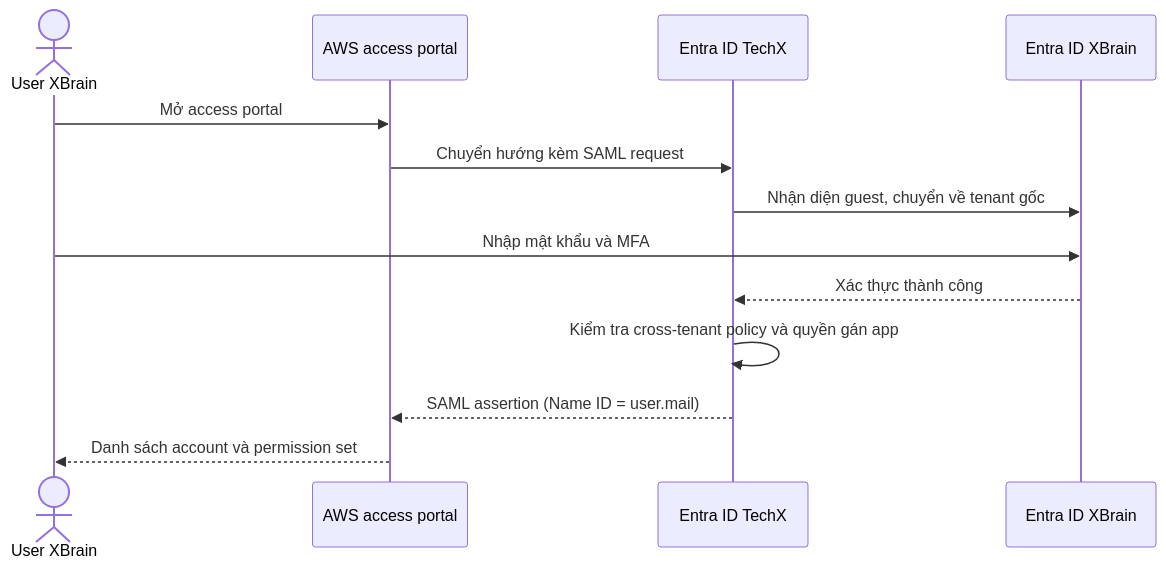
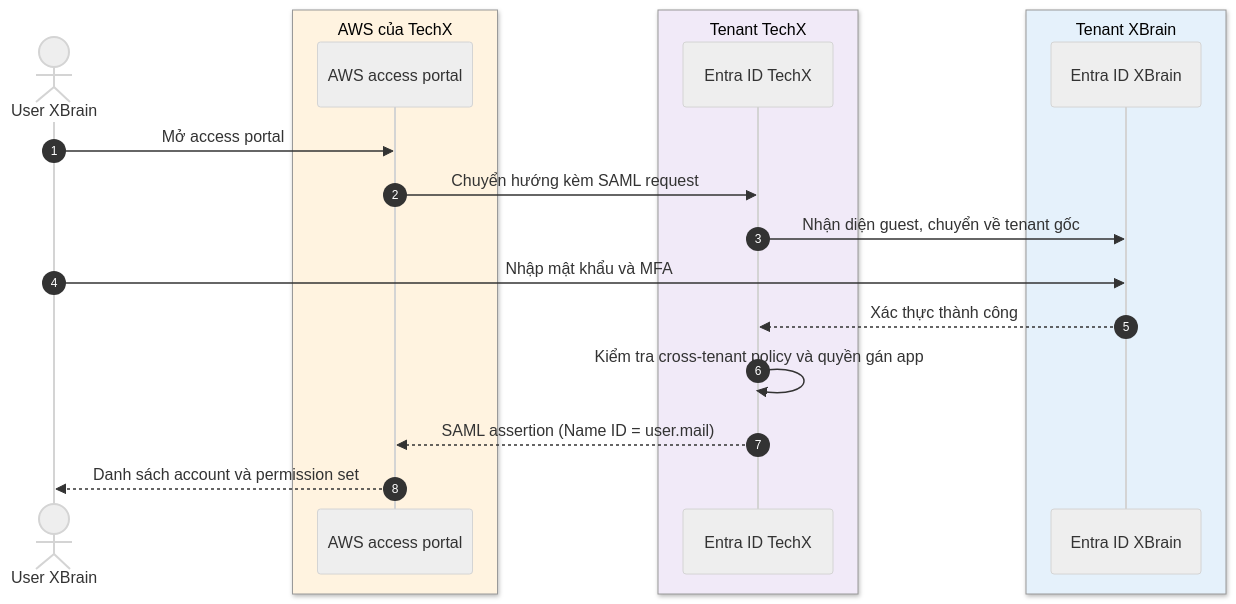
Before and after one commit to thidinh-xbrain2/techx-devops-docs: the diagram in docs/01-cross-tenant-access.md, drawn with Mermaid. The commit also changed other lines of this file and 3 other files, not shown here.

Commit message:
docs: add draw.io architecture diagram, theme login sequence by tenant

````diff
--- a/docs/01-cross-tenant-access.md
+++ b/docs/01-cross-tenant-access.md
@@ -45,15 +28,23 @@
 ```mermaid
+%%{init: {"theme": "neutral", "themeVariables": {"fontFamily": "Arial, Helvetica, sans-serif", "fontSize": "14px"}}}%%
 sequenceDiagram
+  autonumber
   actor U as User XBrain
-  participant AWS as AWS access portal
-  participant T as Entra ID TechX
-  participant X as Entra ID XBrain
+  box rgb(255,243,224) AWS của TechX
+    participant AWS as AWS access portal
+  end
+  box rgb(241,234,248) Tenant TechX
+    participant T as Entra ID TechX
+  end
+  box rgb(229,241,251) Tenant XBrain
+    participant X as Entra ID XBrain
+  end
   U->>AWS: Mở access portal
   AWS->>T: Chuyển hướng kèm SAML request
   T->>X: Nhận diện guest, chuyển về tenant gốc
   U->>X: Nhập mật khẩu và MFA
   X-->>T: Xác thực thành công
   T->>T: Kiểm tra cross-tenant policy và quyền gán app
   T-->>AWS: SAML assertion (Name ID = user.mail)
   AWS-->>U: Danh sách account và permission set
 ```
````
